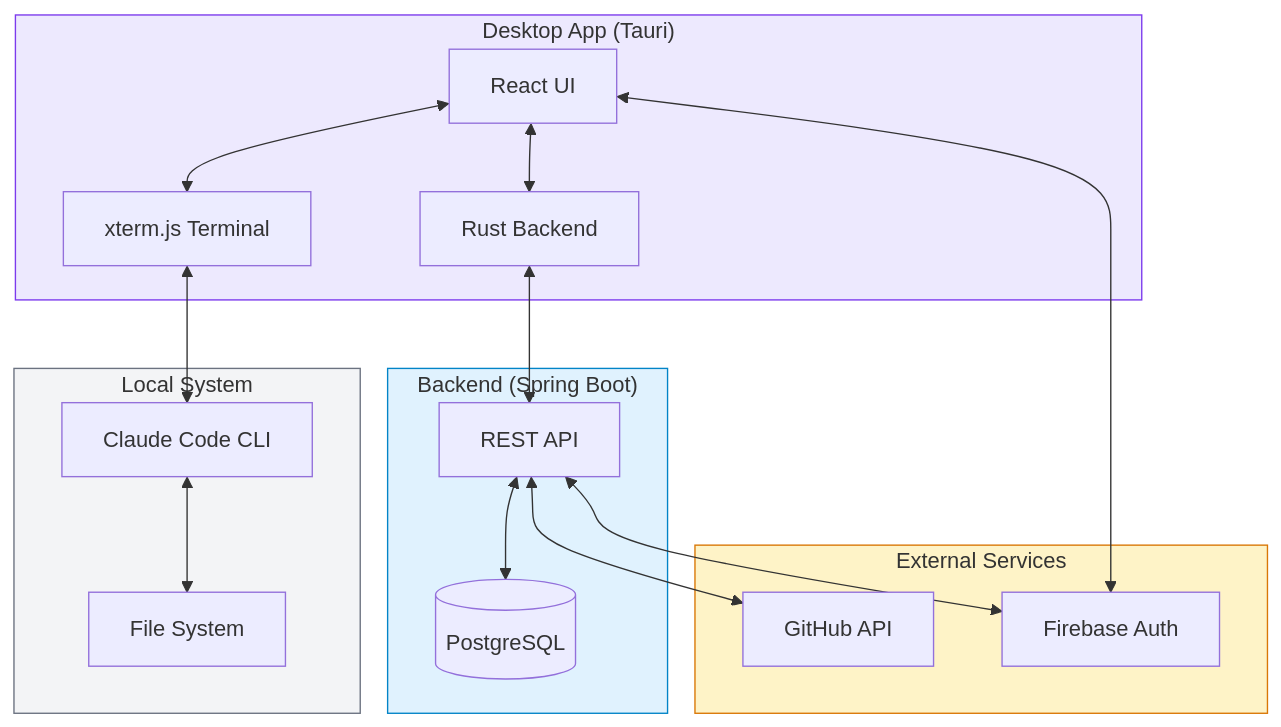
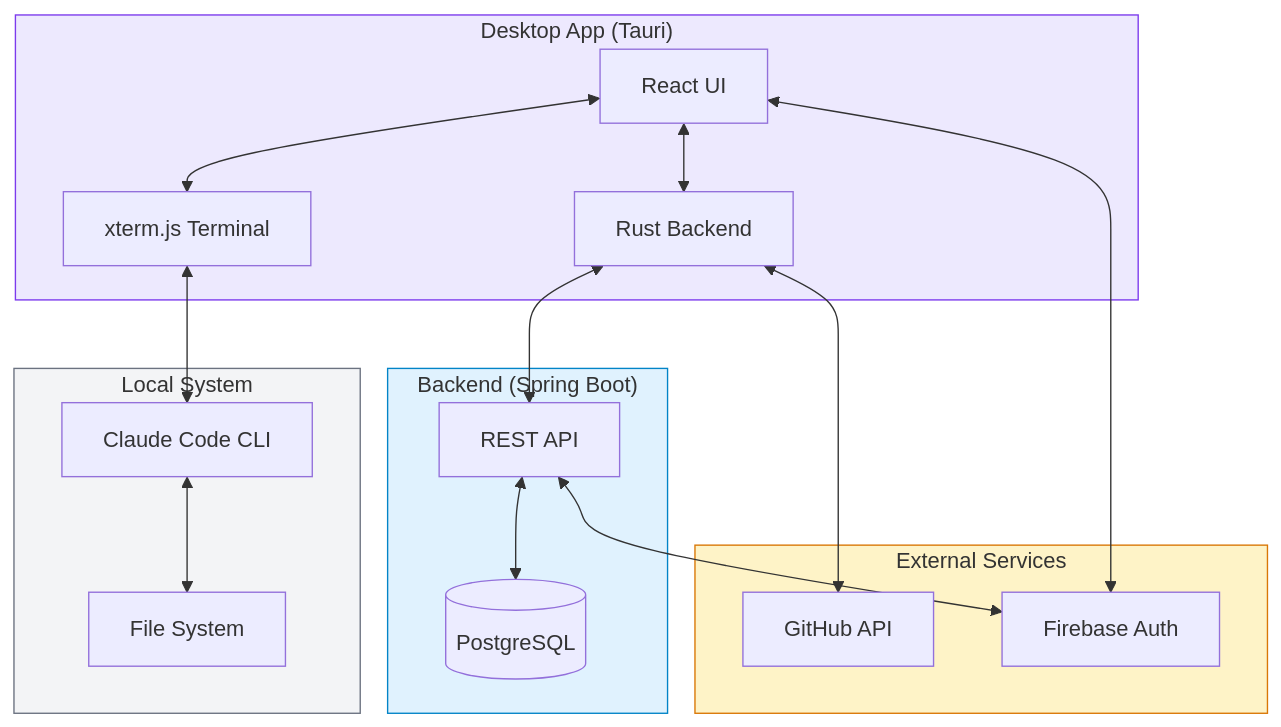
The third of 4 diagrams in docs/ARCHITECTURE.md (cliangdev/specflux), drawn with Mermaid before and after one commit.

Commit message:
docs: fix GitHub API connection in architecture diagram
GitHub API connects to Desktop App (Rust), not Backend API.

🤖 Generated with [Claude Code](https://claude.com/claude-code)

````diff
--- a/docs/ARCHITECTURE.md
+++ b/docs/ARCHITECTURE.md
@@ -92,38 +92,38 @@
 ```mermaid
 flowchart TB
     subgraph Desktop ["Desktop App (Tauri)"]
         React[React UI]
         Rust[Rust Backend]
         Terminal[xterm.js Terminal]
     end
 
     subgraph Backend ["Backend (Spring Boot)"]
         API[REST API]
         DB[(PostgreSQL)]
     end
 
     subgraph External ["External Services"]
         GitHub[GitHub API]
         Firebase[Firebase Auth]
     end
 
     subgraph Local ["Local System"]
         FS[File System]
         Claude[Claude Code CLI]
     end
 
     React <--> Rust
     React <--> Terminal
     Terminal <--> Claude
     Claude <--> FS
     Rust <--> API
     API <--> DB
-    API <--> GitHub
+    Rust <--> GitHub
     React <--> Firebase
     API <--> Firebase
 
     style Desktop fill:#ede9fe,stroke:#7c3aed
     style Backend fill:#e0f2fe,stroke:#0284c7
     style External fill:#fef3c7,stroke:#d97706
     style Local fill:#f3f4f6,stroke:#6b7280
 ```
````
